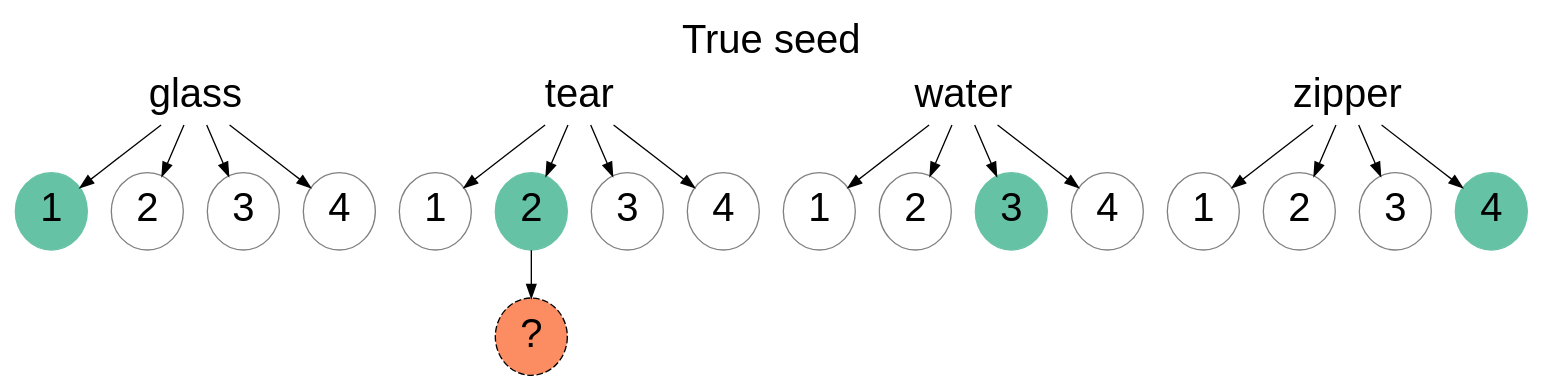
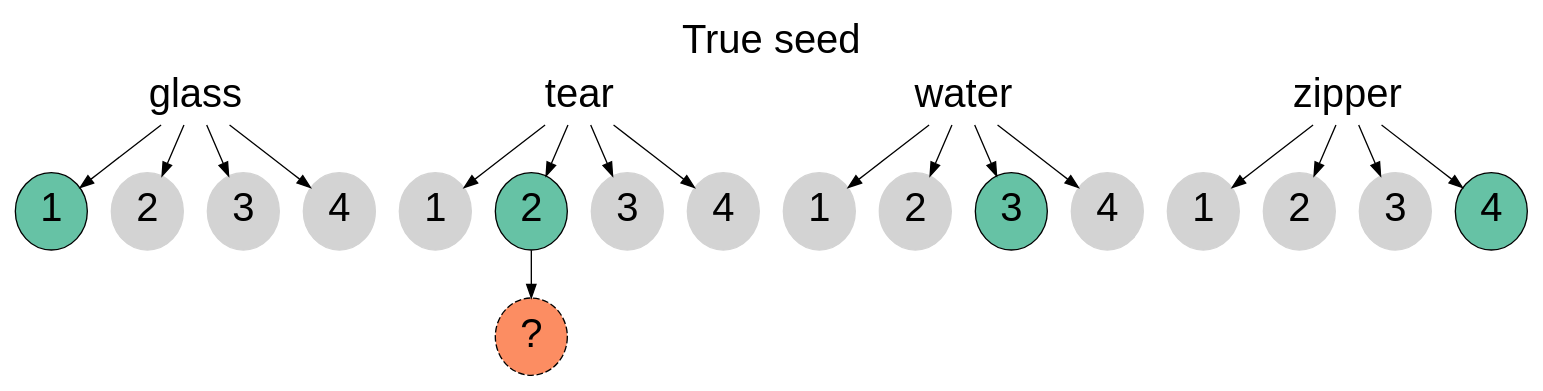
The diagram in wordsintransition/inst/extdata/true-seed.gv (lupyanlab/words-in-transition), drawn with Graphviz before and after one commit. The commit also changed 2 other files, not shown here.

```diff
--- a/wordsintransition/inst/extdata/true-seed.gv
+++ b/wordsintransition/inst/extdata/true-seed.gv
@@ -1,47 +1,47 @@
 digraph {
   labelloc="t";
   label="True seed";
 
   graph[fontname="helvetica", fontsize=30];
   node[fontname="helvetica", fontsize=30];
 
   glass[shape="none"];
   tear[shape="none"];
   water[shape="none"];
   zipper[shape="none"];
 
   glass -> {glass1, glass2, glass3, glass4};
   tear -> {tear1, tear2, tear3, tear4};
   water -> {water1, water2, water3, water4};
   zipper -> {zipper1, zipper2, zipper3, zipper4};
 
-  glass1[style="filled", fillcolor="#66C2A5", color="#66C2A5"];
-  tear2[style="filled", fillcolor="#66C2A5", color="#66C2A5"];
-  water3[style="filled", fillcolor="#66C2A5", color="#66C2A5"];
-  zipper4[style="filled", fillcolor="#66C2A5", color="#66C2A5"];
+  glass1[style="filled", fillcolor="#66C2A5"];
+  tear2[style="filled", fillcolor="#66C2A5"];
+  water3[style="filled", fillcolor="#66C2A5"];
+  zipper4[style="filled", fillcolor="#66C2A5"];
 
   glass1[label="1"];
   glass2[label="2"];
   glass3[label="3"];
   glass4[label="4"];
 
   tear1[label="1"];
   tear2[label="2"];
   tear3[label="3"];
   tear4[label="4"];
 
   water1[label="1"];
   water2[label="2"];
   water3[label="3"];
   water4[label="4"];
 
   zipper1[label="1"];
   zipper2[label="2"];
   zipper3[label="3"];
   zipper4[label="4"];
 
-  glass2, glass3, glass4, water1, water2, water4, tear1, tear3, tear4, zipper1, zipper2, zipper3[color="gray"];
+  glass2, glass3, glass4, water1, water2, water4, tear1, tear3, tear4, zipper1, zipper2, zipper3[style="filled", color="lightgray", fillcolor="lightgray"];
 
   tear2 -> gen1;
   gen1[label="?", style="filled, dashed", fillcolor="#FC8D62"];
 }
```
